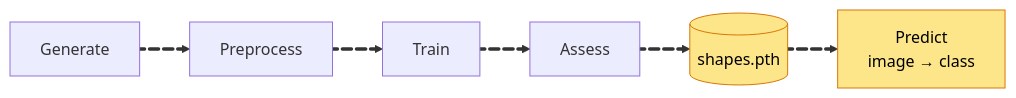
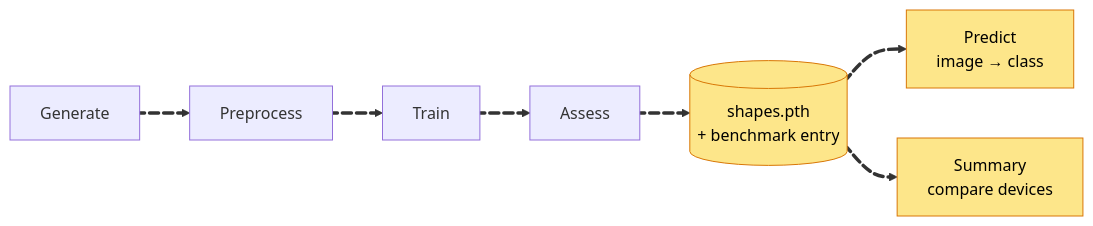
One commit to nal/ML changed the fifth of 14 diagrams in CNN/image_classification/docs/hld/slides.md. Above: the diagram before and after it, drawn with Mermaid. The commit also changed other lines of this file and 1 other file, not shown here.

First line of the commit message:
docs(hld): refresh design and slides for device benchmark

````diff
--- a/CNN/image_classification/docs/hld/slides.md
+++ b/CNN/image_classification/docs/hld/slides.md
@@ -142,14 +147,16 @@
 ```mermaid
 flowchart LR
   classDef new fill:#fde68a,stroke:#d97706,color:#000
   A["Generate"] e1@==> B["Preprocess"]
   B e2@==> C["Train"]
   C e3@==> D["Assess"]
-  D e4@==> E[("shapes.pth")]:::new
+  D e4@==> E[("shapes.pth<br/>+ benchmark entry")]:::new
   E e5@==> F["Predict<br/>image → class"]:::new
+  E e6@==> G["Summary<br/>compare devices"]:::new
   e1@{ animate: true }
   e2@{ animate: true }
   e3@{ animate: true }
   e4@{ animate: true }
   e5@{ animate: true }
+  e6@{ animate: true }
 ```
````
